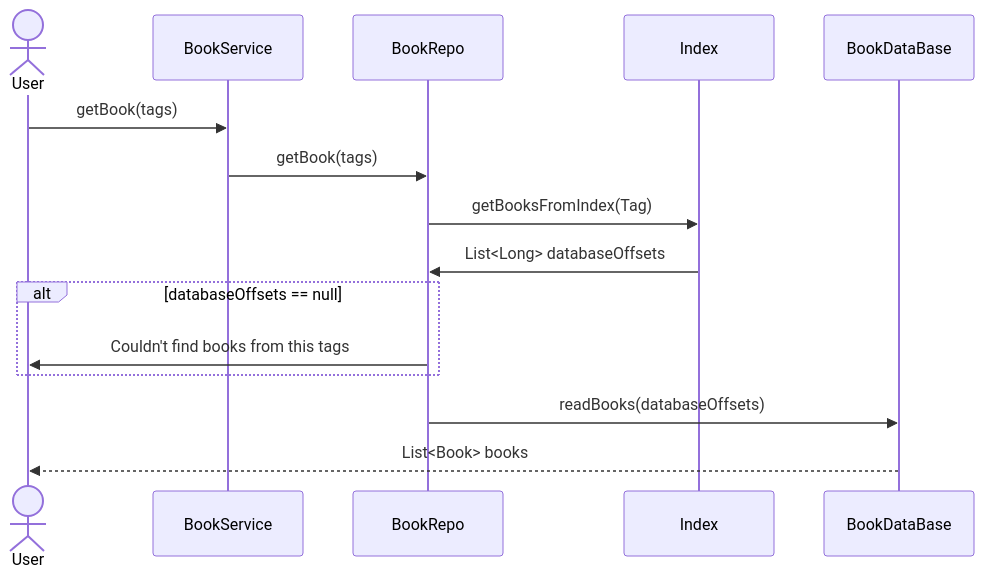
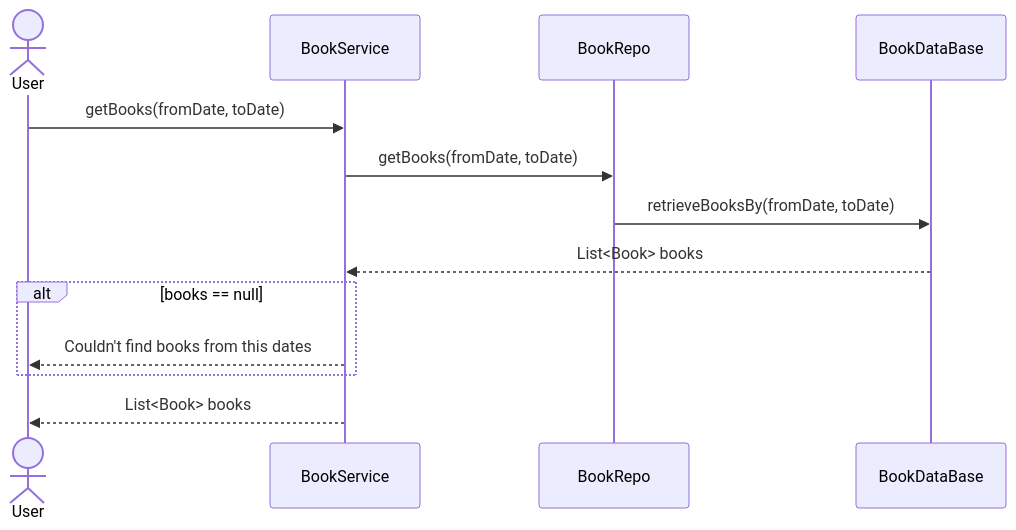
One commit to Apameus/Bookly changed the seventh of 10 diagrams in docs/high_level_architecture.md. Above: the diagram before and after it, drawn with Mermaid. The commit also changed other lines of this file, not shown here.

Commit message:
high_level_architecture.md  BETA

````diff
--- a/docs/high_level_architecture.md
+++ b/docs/high_level_architecture.md
@@ -70,18 +97,16 @@
 ```mermaid
 sequenceDiagram
     actor U as User
     participant BS as BookService
     participant BR as BookRepo
-    participant I as Index
     participant DB as BookDataBase
-    U ->> BS: getBook(tags)
-    BS ->> BR: getBook(tags)
-    BR ->> I: getBooksFromIndex(Tag)
-    I ->> BR: List<Long> databaseOffsets
-    alt databaseOffsets == null
-        BR ->> U: Couldn't find books from this tags    
+    U ->> BS: getBooks(fromDate, toDate)
+    BS ->> BR: getBooks(fromDate, toDate)
+    BR ->> DB: retrieveBooksBy(fromDate, toDate)
+    DB -->> BS: List<Book> books
+    alt books == null
+        BS -->> U: Couldn't find books from this dates
     end
-    BR ->> DB: readBooks(databaseOffsets)
-    DB -->> U: List<Book> books
+    BS -->> U: List<Book> books
 
 ```
````
